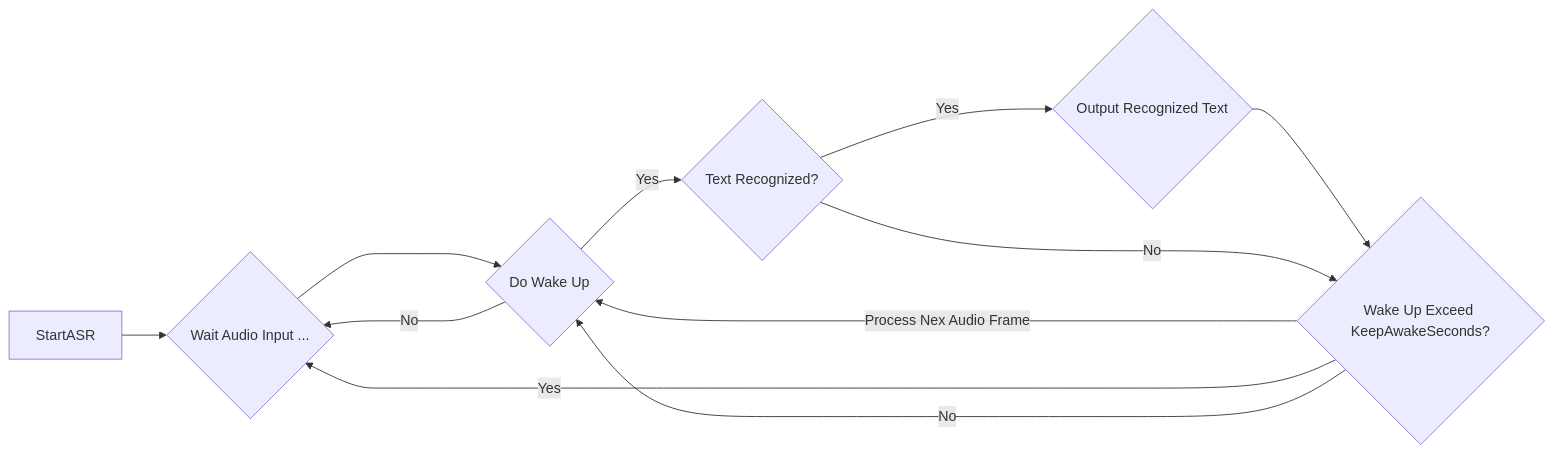
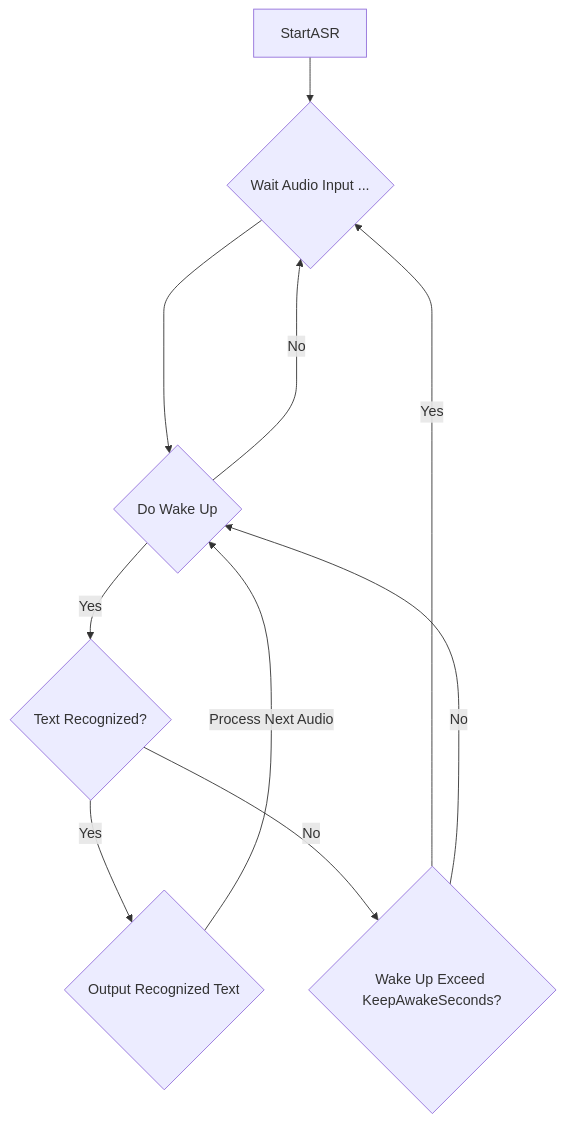
One commit to endink/Mediapipe4u-plugin changed the diagram in docs/speech/wakeup.md. Above: the diagram before and after it, drawn with Mermaid.

````diff
--- a/docs/speech/wakeup.md
+++ b/docs/speech/wakeup.md
@@ -63,16 +63,15 @@
 ``` mermaid
-graph LR
+graph TD
   A[StartASR] --> B{Wait Audio Input ...};
   B --> C{Do Wake Up};
   C -->|Yes| D{Text Recognized?};
 
   D -->|Yes| E{Output Recognized Text};
-  E --> F{Reset WakeUp Time Counter}
-  F -->|Process Nex Audio Frame|C
+  E -->|Process Next Audio|C
  
   D -->|No| F{Wake Up Exceed KeepAwakeSeconds?};
   F --> |Yes| B
   F --> |No| C
   
   C ---->|No| B;
 ```
````
